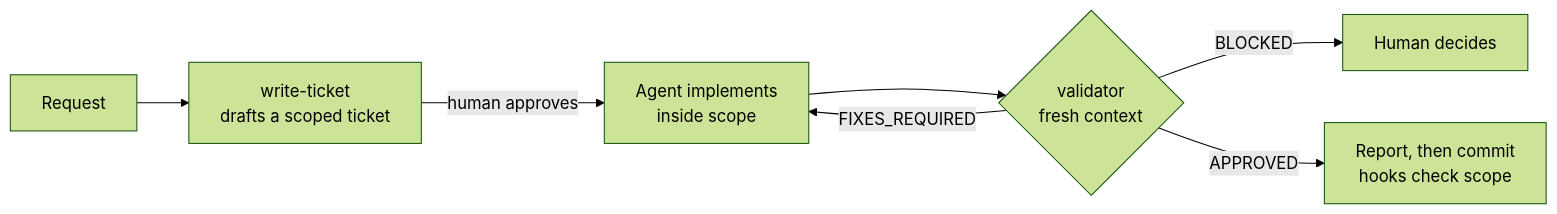
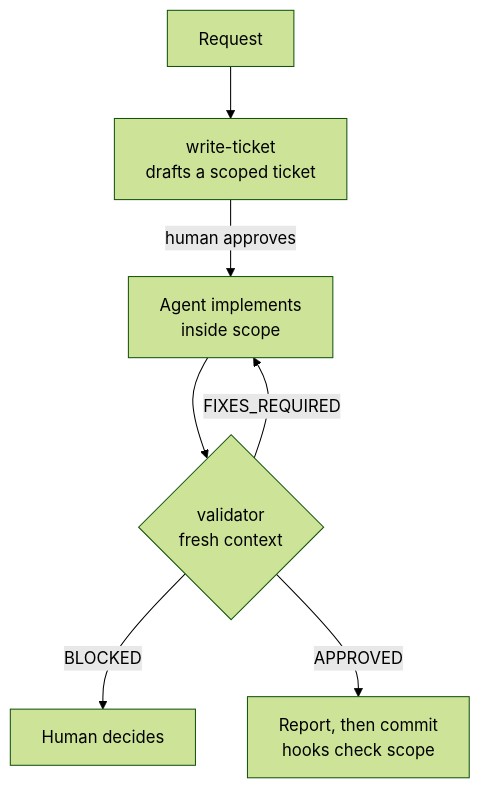
Before and after one commit to TristanL567/aegis-core: the diagram in README.md, drawn with Mermaid (forest theme).

Commit message:
Lay out README diagram top-down so it fits narrow screens
The left-to-right flow put six nodes in one row, which GitHub scaled down
until the labels were unreadable in narrow windows and on phones.

````diff
--- a/README.md
+++ b/README.md
@@ -18,9 +18,9 @@
 ```mermaid
-flowchart LR
+flowchart TD
     A[Request] --> B["write-ticket<br/>drafts a scoped ticket"]
     B -->|human approves| C["Agent implements<br/>inside scope"]
     C --> D{"validator<br/>fresh context"}
     D -->|FIXES_REQUIRED| C
     D -->|BLOCKED| E[Human decides]
     D -->|APPROVED| F["Report, then commit<br/>hooks check scope"]
 ```
````
